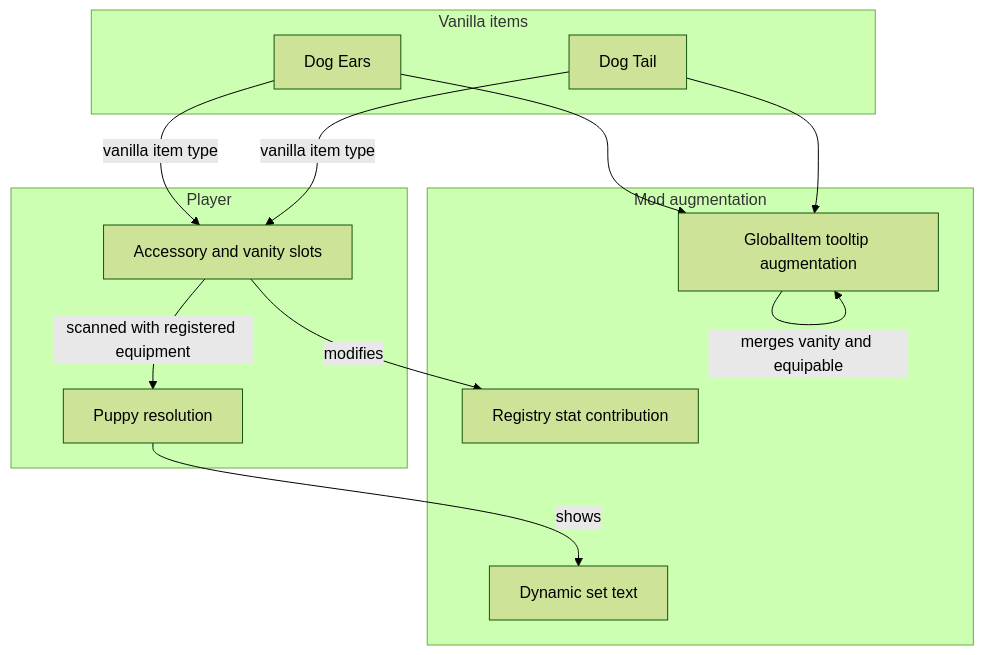
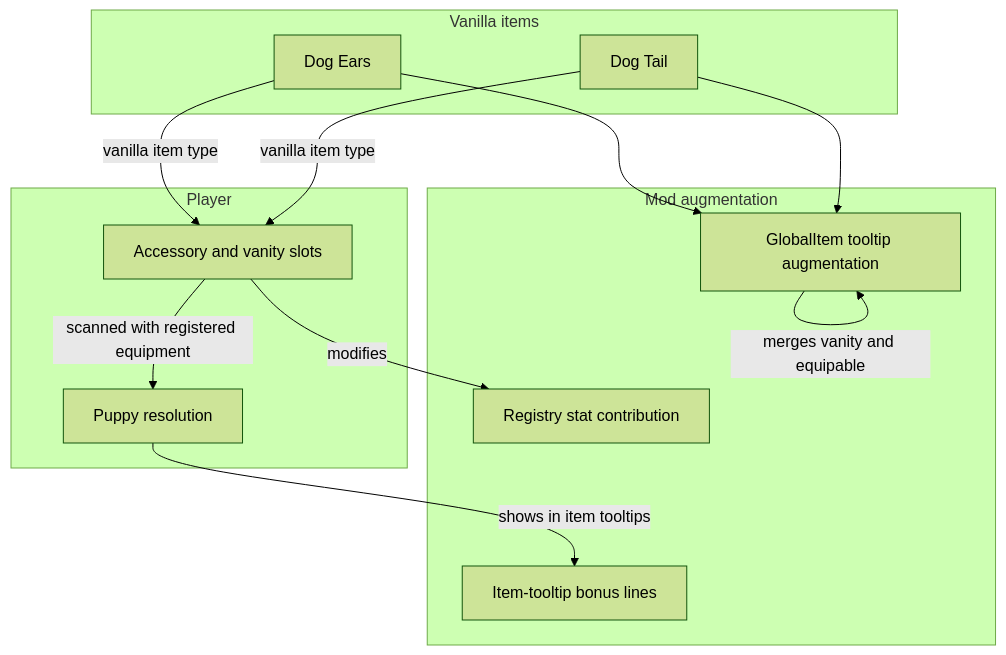
The diagram in docs/Vanilla-Item-Augmentation.md (POLA-LCS/PolasPuppyMod), drawn with Mermaid (forest theme) before and after one commit. The commit also changed other lines of this file and 10 other files, not shown here.

First line of the commit message:
feat: dedicated dog transformation keybind; tooltip-only puppy bonuses

````diff
--- a/docs/Vanilla-Item-Augmentation.md
+++ b/docs/Vanilla-Item-Augmentation.md
@@ -7,27 +7,27 @@
 ```mermaid
 flowchart TB
     subgraph Vanilla[Vanilla items]
         Ears[Dog Ears]
         Tail[Dog Tail]
     end
 
     subgraph Augmentation[Mod augmentation]
         Tooltip[GlobalItem tooltip augmentation]
-        Bonus[Dynamic set text]
+        Bonus[Item-tooltip bonus lines]
         Stat[Registry stat contribution]
     end
 
     subgraph Player[Player]
         Slots[Accessory and vanity slots]
         IsPuppy[Puppy resolution]
     end
 
     Ears -- "vanilla item type" --> Slots
     Tail -- "vanilla item type" --> Slots
     Slots -- "scanned with registered equipment" --> IsPuppy
-    IsPuppy -- "shows" --> Bonus
+    IsPuppy -- "shows in item tooltips" --> Bonus
     Slots -- "modifies" --> Stat
     Ears --> Tooltip
     Tail --> Tooltip
     Tooltip -- "merges vanity and equipable" --> Tooltip
 ```
````
